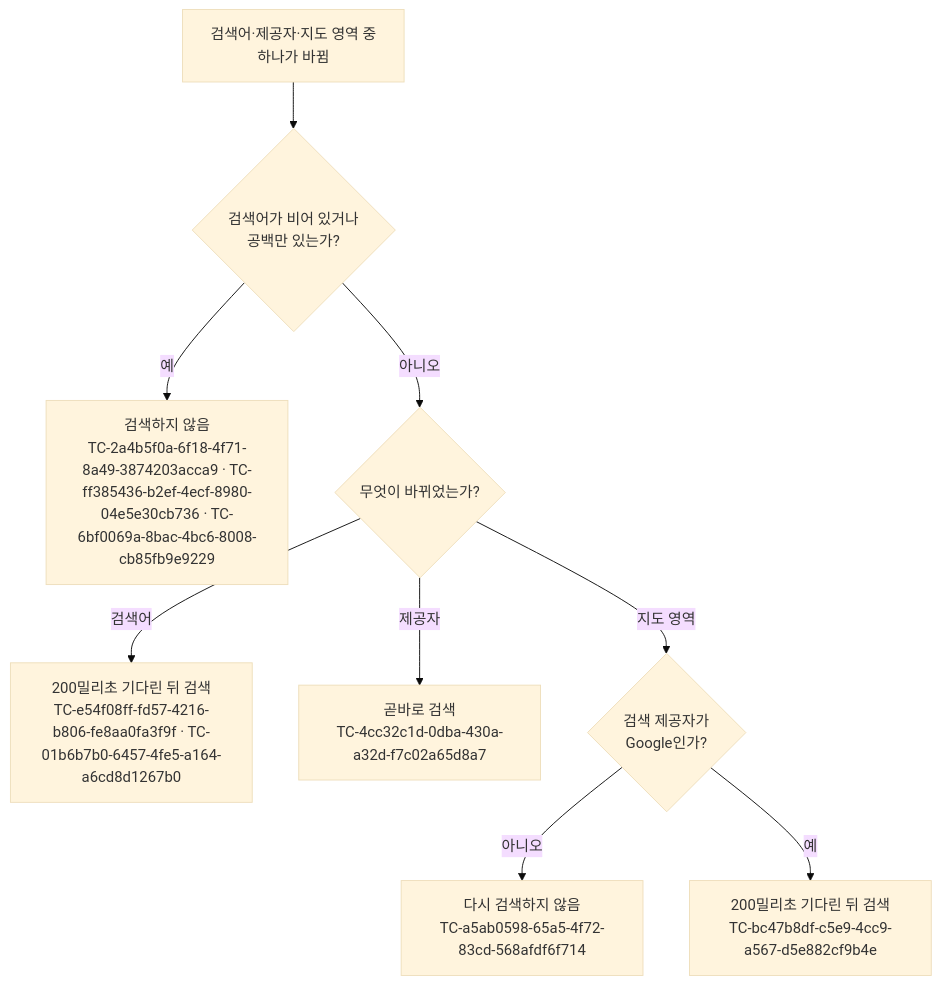
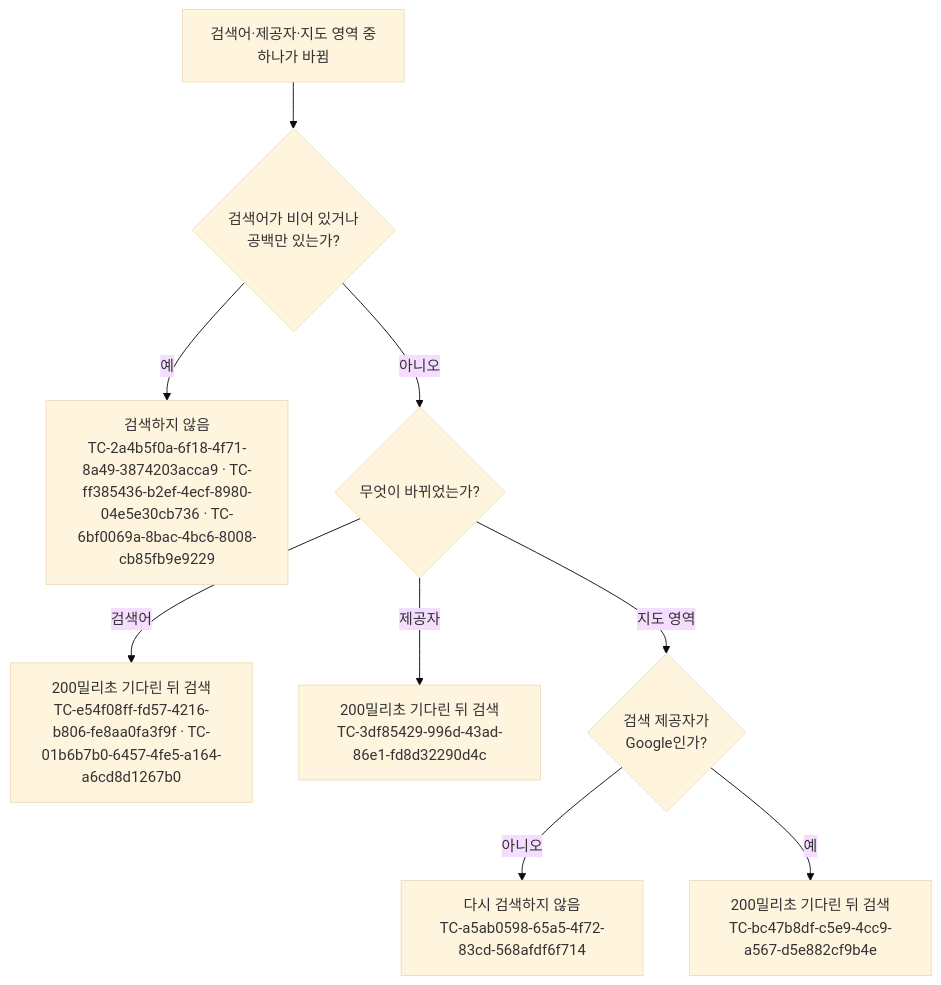
One commit to taetae98coding/DiaryKMP changed the diagram in docs/testcase/place-search-dialog.md. Above: the diagram before and after it, drawn with Mermaid (base theme). The commit also changed other lines of this file and 589 other files, not shown here.

````diff
--- a/docs/testcase/place-search-dialog.md
+++ b/docs/testcase/place-search-dialog.md
@@ -196,11 +181,11 @@
 ```mermaid
 flowchart TD
     start["검색어·제공자·지도 영역 중<br/>하나가 바뀜"] --> query{"검색어가 비어 있거나<br/>공백만 있는가?"}
     query -- 예 --> clear["검색하지 않음<br/>TC-2a4b5f0a-6f18-4f71-8a49-3874203acca9 · TC-ff385436-b2ef-4ecf-8980-04e5e30cb736 · TC-6bf0069a-8bac-4bc6-8008-cb85fb9e9229"]
     query -- 아니오 --> what{"무엇이 바뀌었는가?"}
     what -- "검색어" --> wait["200밀리초 기다린 뒤 검색<br/>TC-e54f08ff-fd57-4216-b806-fe8aa0fa3f9f · TC-01b6b7b0-6457-4fe5-a164-a6cd8d1267b0"]
-    what -- "제공자" --> now["곧바로 검색<br/>TC-4cc32c1d-0dba-430a-a32d-f7c02a65d8a7"]
+    what -- "제공자" --> pwait["200밀리초 기다린 뒤 검색<br/>TC-3df85429-996d-43ad-86e1-fd8d32290d4c"]
     what -- "지도 영역" --> provider{"검색 제공자가<br/>Google인가?"}
     provider -- 아니오 --> skip["다시 검색하지 않음<br/>TC-a5ab0598-65a5-4f72-83cd-568afdf6f714"]
     provider -- 예 --> gwait["200밀리초 기다린 뒤 검색<br/>TC-bc47b8df-c5e9-4cc9-a567-d5e882cf9b4e"]
 ```
````
